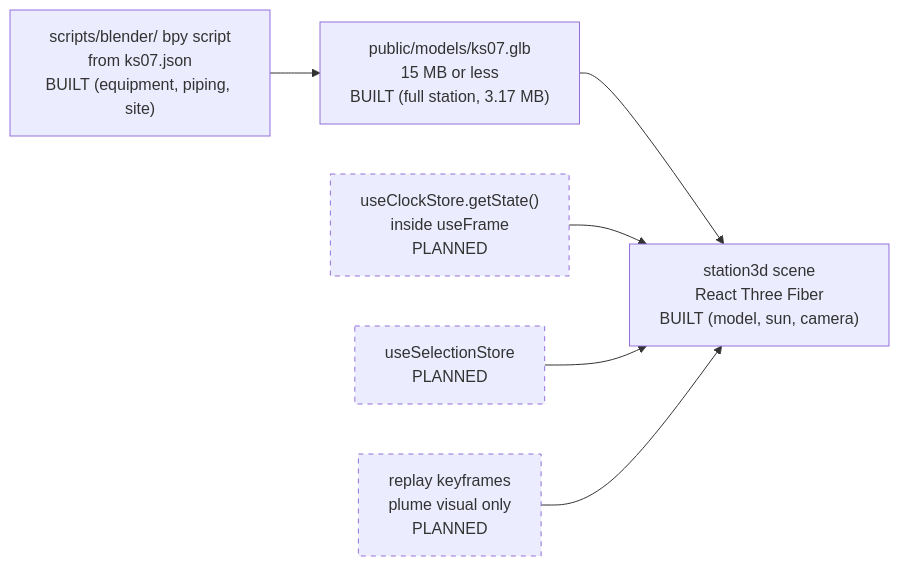
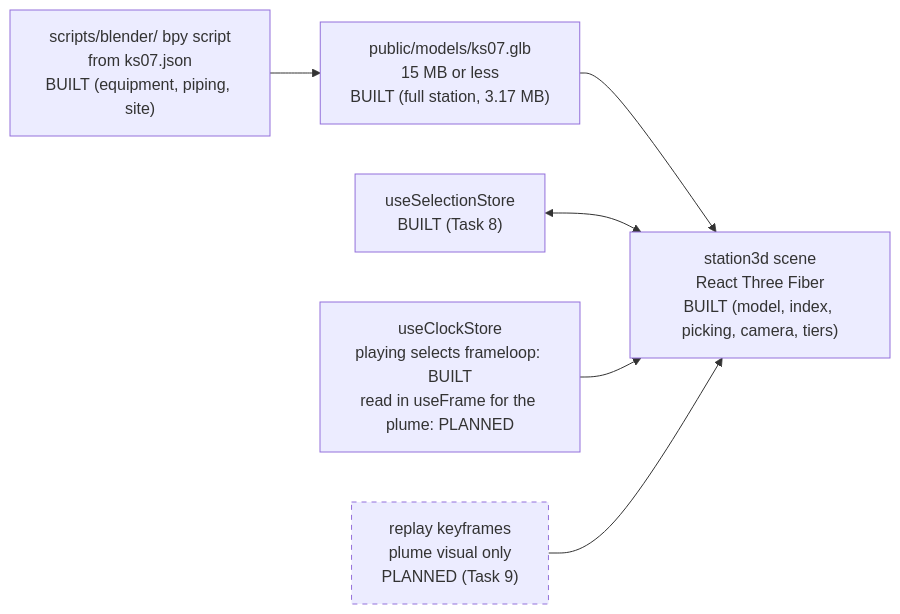
One commit to Nagdy8888/PlumeTrace changed the third of 6 diagrams in docs/reference/FRONTEND.md. Above: the diagram before and after it, drawn with Mermaid. The commit also changed other lines of this file and 51 other files, not shown here.

First line of the commit message:
feat(3d): add R3F station view with picking, selection, camera and quality tiers

````diff
--- a/docs/reference/FRONTEND.md
+++ b/docs/reference/FRONTEND.md
@@ -193,10 +198,10 @@
 ```mermaid
 flowchart LR
     Bpy["scripts/blender/ bpy script<br/>from ks07.json<br/>BUILT (equipment, piping, site)"] --> Glb["public/models/ks07.glb<br/>15 MB or less<br/>BUILT (full station, 3.17 MB)"]
-    Glb --> Scene["station3d scene<br/>React Three Fiber<br/>BUILT (model, sun, camera)"]
-    Clock["useClockStore.getState()<br/>inside useFrame<br/>PLANNED"] --> Scene
-    Sel["useSelectionStore<br/>PLANNED"] --> Scene
-    Frames["replay keyframes<br/>plume visual only<br/>PLANNED"] --> Scene
+    Glb --> Scene["station3d scene<br/>React Three Fiber<br/>BUILT (model, index, picking, camera, tiers)"]
+    Sel["useSelectionStore<br/>BUILT (Task 8)"] <--> Scene
+    Clock["useClockStore<br/>playing selects frameloop: BUILT<br/>read in useFrame for the plume: PLANNED"] --> Scene
+    Frames["replay keyframes<br/>plume visual only<br/>PLANNED (Task 9)"] --> Scene
     classDef planned stroke-dasharray: 5 5
-    class Clock,Sel,Frames planned
+    class Frames planned
 ```
````
